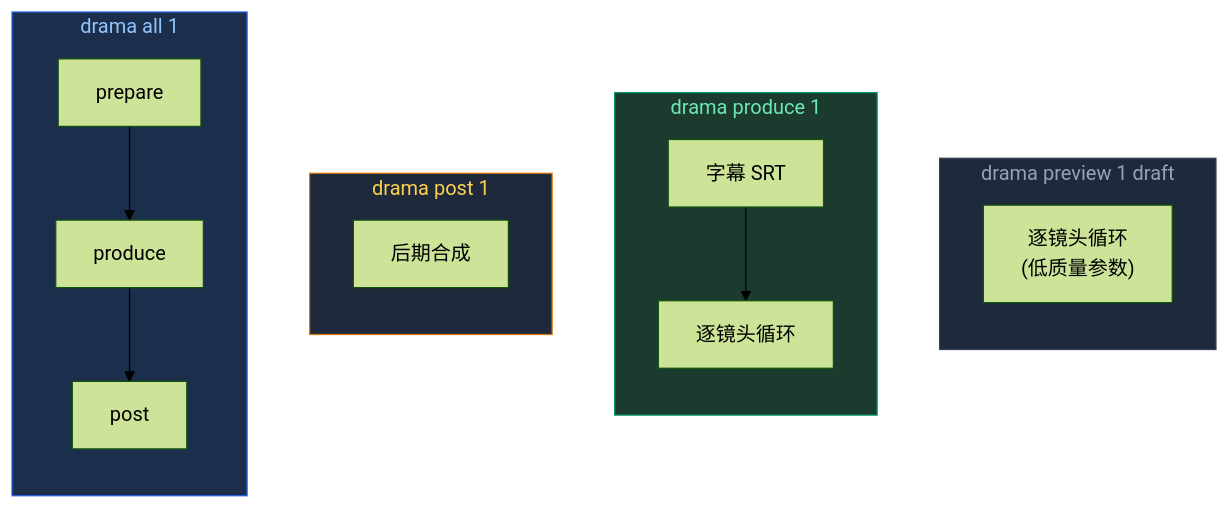
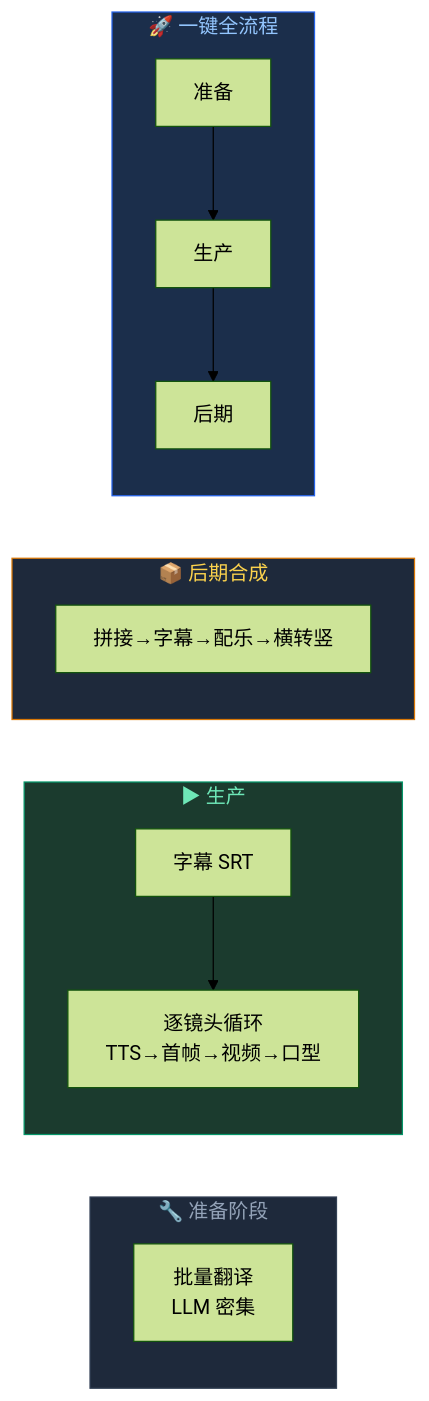
One commit to brother2050/ai-drama-pipeline changed the eighth of 12 diagrams in docs/pipeline.md. Above: the diagram before and after it, drawn with Mermaid (forest theme). The commit also changed other lines of this file, not shown here.

````diff
--- a/docs/pipeline.md
+++ b/docs/pipeline.md
@@ -274,32 +274,32 @@
 ```mermaid
-flowchart TB
-    subgraph preview["drama preview 1 draft"]
+flowchart LR
+    subgraph prep["🔧 准备阶段"]
         direction TB
-        pr_loop["逐镜头循环<br/>(低质量参数)"]
+        p1["批量翻译<br/>LLM 密集"]
     end
 
-    subgraph produce["drama produce 1"]
+    subgraph prod["▶ 生产"]
         direction TB
-        po_sub["字幕 SRT"]
-        po_loop["逐镜头循环"]
-        po_sub --> po_loop
+        po1["字幕 SRT"]
+        po2["逐镜头循环<br/>TTS→首帧→视频→口型"]
+        po1 --> po2
     end
 
-    subgraph post["drama post 1"]
+    subgraph post["📦 后期合成"]
         direction TB
-        pt_post["后期合成"]
+        pt1["拼接→字幕→配乐→横转竖"]
     end
 
-    subgraph all["drama all 1"]
+    subgraph all["🚀 一键全流程"]
         direction TB
-        a_pr["prepare"]
-        a_po["produce"]
-        a_pt["post"]
-        a_pr --> a_po --> a_pt
+        a1["准备"]
+        a2["生产"]
+        a3["后期"]
+        a1 --> a2 --> a3
     end
 
-    style preview fill:#1e293b,stroke:#334155,color:#94a3b8
-    style produce fill:#1b3b2e,stroke:#059669,color:#6ee7b7
+    style prep fill:#1e293b,stroke:#334155,color:#94a3b8
+    style prod fill:#1b3b2e,stroke:#059669,color:#6ee7b7
     style post fill:#1e293b,stroke:#d97706,color:#fcd34d
     style all fill:#1b2e4b,stroke:#2563eb,color:#93c5fd
 ```
````
